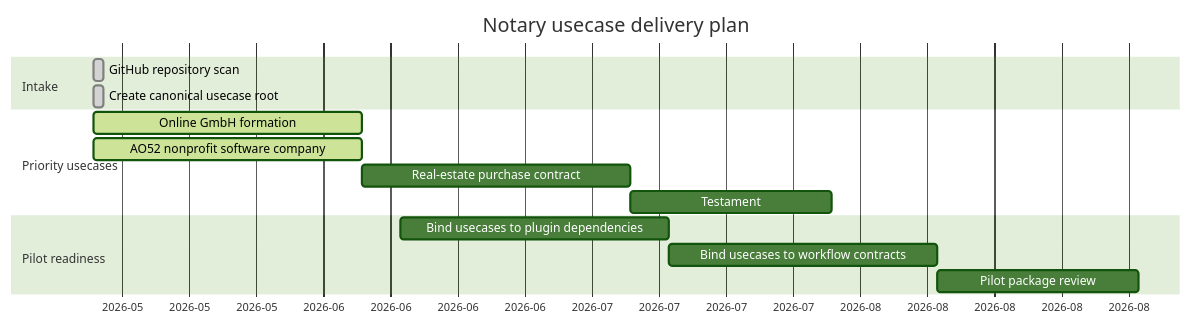
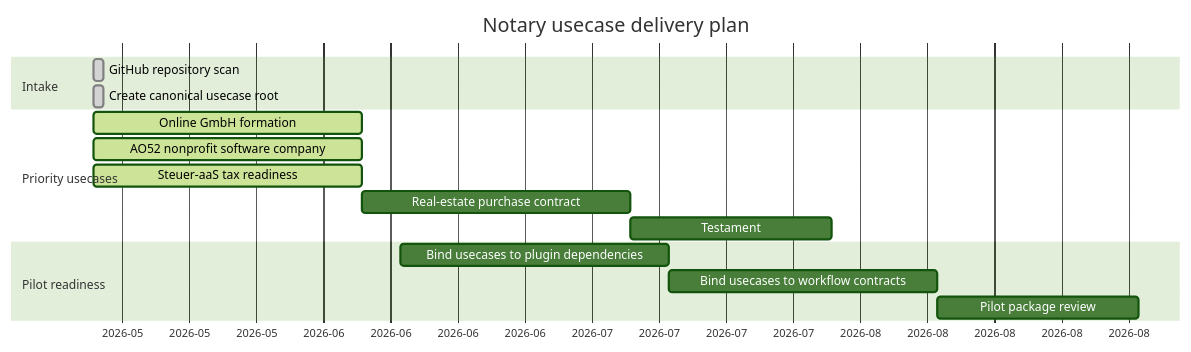
The diagram in usecases/GANTT.md (notariat8/NaC), drawn with Mermaid (forest theme) before and after one commit. The commit also changed other lines of this file and 4 other files, not shown here.

Commit message:
Add Steuer-aaS tax readiness usecase

````diff
--- a/usecases/GANTT.md
+++ b/usecases/GANTT.md
@@ -5,21 +5,22 @@
 ```mermaid
 gantt
     title Notary usecase delivery plan
     dateFormat  YYYY-MM-DD
     axisFormat  %Y-%m
 
     section Intake
     GitHub repository scan                      :done,   u1, 2026-05-14, 1d
     Create canonical usecase root              :done,   u2, 2026-05-14, 1d
 
     section Priority usecases
     Online GmbH formation                       :active, u3, 2026-05-14, 28d
     AO52 nonprofit software company            :active, u4, 2026-05-14, 28d
-    Real-estate purchase contract              :        u5, after u4, 28d
-    Testament                                  :        u6, after u5, 21d
+    Steuer-aaS tax readiness                    :active, u5, 2026-05-14, 28d
+    Real-estate purchase contract              :        u6, after u5, 28d
+    Testament                                  :        u7, after u6, 21d
 
     section Pilot readiness
-    Bind usecases to plugin dependencies        :        u7, 2026-06-15, 28d
-    Bind usecases to workflow contracts         :        u8, after u7, 28d
-    Pilot package review                        :        u9, after u8, 21d
+    Bind usecases to plugin dependencies        :        u8, 2026-06-15, 28d
+    Bind usecases to workflow contracts         :        u9, after u8, 28d
+    Pilot package review                        :        u10, after u9, 21d
 ```
````
